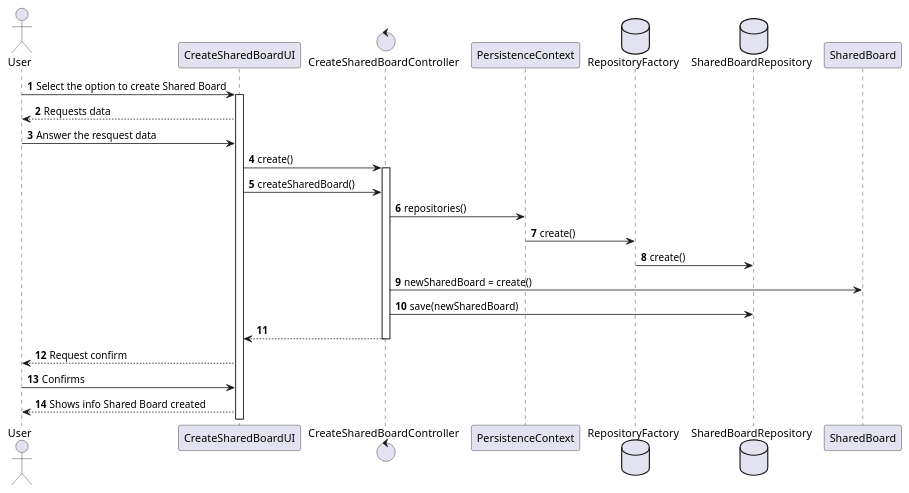
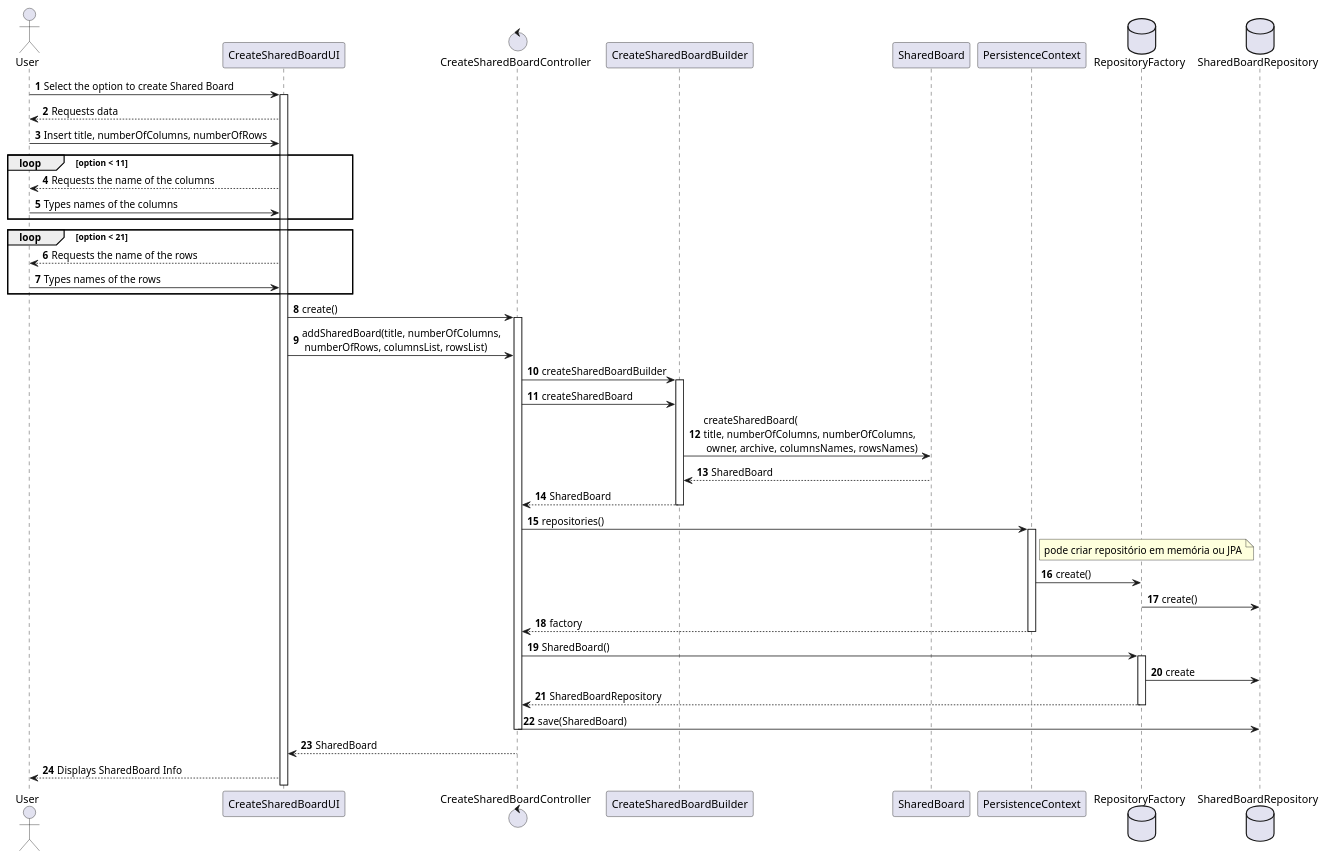
One commit to mascenso/isep-sem4-lapr4 changed the diagram in docs/SPRINT B/US3002 - Create a Shared Board/Sequence_Diagram.puml. Above: the diagram before and after it, drawn with PlantUML. The commit also changed 12 other files, not shown here.

```diff
--- a/docs/SPRINT B/US3002 - Create a Shared Board/Sequence_Diagram.puml
+++ b/docs/SPRINT B/US3002 - Create a Shared Board/Sequence_Diagram.puml
@@ -1,33 +1,57 @@
 @startuml
 'https://plantuml.com/sequence-diagram
 
 autonumber
 
 actor User
 
+
 User -> CreateSharedBoardUI: Select the option to create Shared Board
 activate CreateSharedBoardUI
 CreateSharedBoardUI --> User: Requests data
-User -> CreateSharedBoardUI: Answer the resquest data
+User -> CreateSharedBoardUI: Insert title, numberOfColumns, numberOfRows
+    loop option < 11
+        CreateSharedBoardUI --> User: Requests the name of the columns
+        User -> CreateSharedBoardUI: Types names of the columns
+    end
+     loop option < 21
+            CreateSharedBoardUI --> User: Requests the name of the rows
+            User -> CreateSharedBoardUI: Types names of the rows
+        end
 
 control CreateSharedBoardController
 CreateSharedBoardUI -> CreateSharedBoardController: create()
 activate CreateSharedBoardController
-CreateSharedBoardUI -> CreateSharedBoardController: createSharedBoard()
+CreateSharedBoardUI -> CreateSharedBoardController: addSharedBoard(title, numberOfColumns,\n numberOfRows, columnsList, rowsList)
 
+CreateSharedBoardController -> CreateSharedBoardBuilder: createSharedBoardBuilder
+activate CreateSharedBoardBuilder
+CreateSharedBoardController -> CreateSharedBoardBuilder: createSharedBoard
+CreateSharedBoardBuilder -> SharedBoard: createSharedBoard(\ntitle, numberOfColumns, numberOfColumns, \n owner, archive, columnsNames, rowsNames)
+SharedBoard --> CreateSharedBoardBuilder: SharedBoard
+CreateSharedBoardBuilder --> CreateSharedBoardController: SharedBoard
+deactivate CreateSharedBoardBuilder
 CreateSharedBoardController -> PersistenceContext: repositories()
+activate PersistenceContext
 database RepositoryFactory
+note right of PersistenceContext: pode criar repositório em memória ou JPA
 PersistenceContext -> RepositoryFactory: create()
 database SharedBoardRepository
 RepositoryFactory -> SharedBoardRepository: create()
-CreateSharedBoardController -> SharedBoard: newSharedBoard = create()
-CreateSharedBoardController -> SharedBoardRepository: save(newSharedBoard)
-CreateSharedBoardController --> CreateSharedBoardUI:
+PersistenceContext --> CreateSharedBoardController : factory
+deactivate PersistenceContext
+CreateSharedBoardController -> RepositoryFactory: SharedBoard()
+activate RepositoryFactory
+RepositoryFactory -> SharedBoardRepository : create
+RepositoryFactory --> CreateSharedBoardController: SharedBoardRepository
+deactivate RepositoryFactory
+CreateSharedBoardController -> SharedBoardRepository: save(SharedBoard)
 deactivate CreateSharedBoardController
-CreateSharedBoardUI --> User: Request confirm
-User -> CreateSharedBoardUI: Confirms
-CreateSharedBoardUI --> User: Shows info Shared Board created
+CreateSharedBoardController --> CreateSharedBoardUI: SharedBoard
+
+CreateSharedBoardUI --> User: Displays SharedBoard Info
+
 deactivate CreateSharedBoardController
 
 
 @enduml
```
